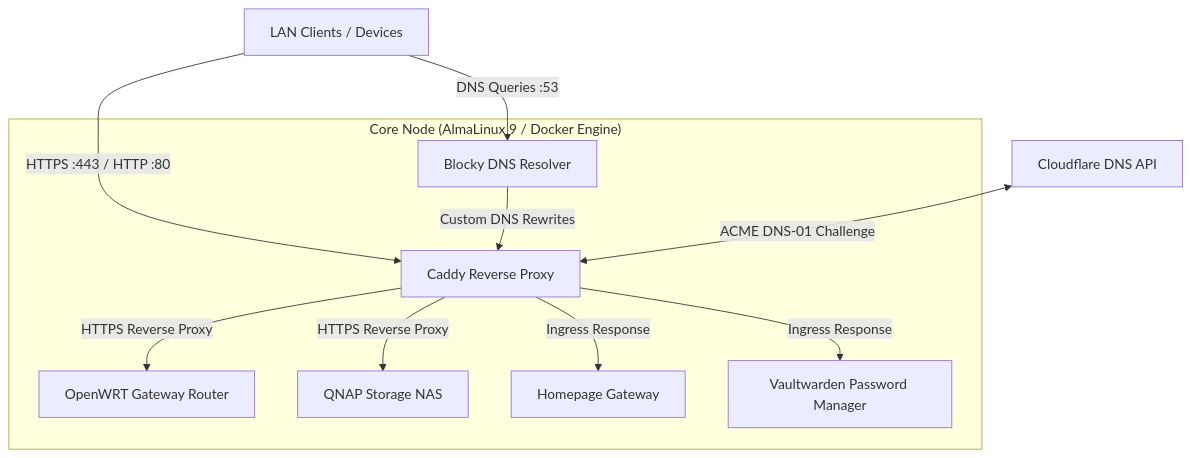
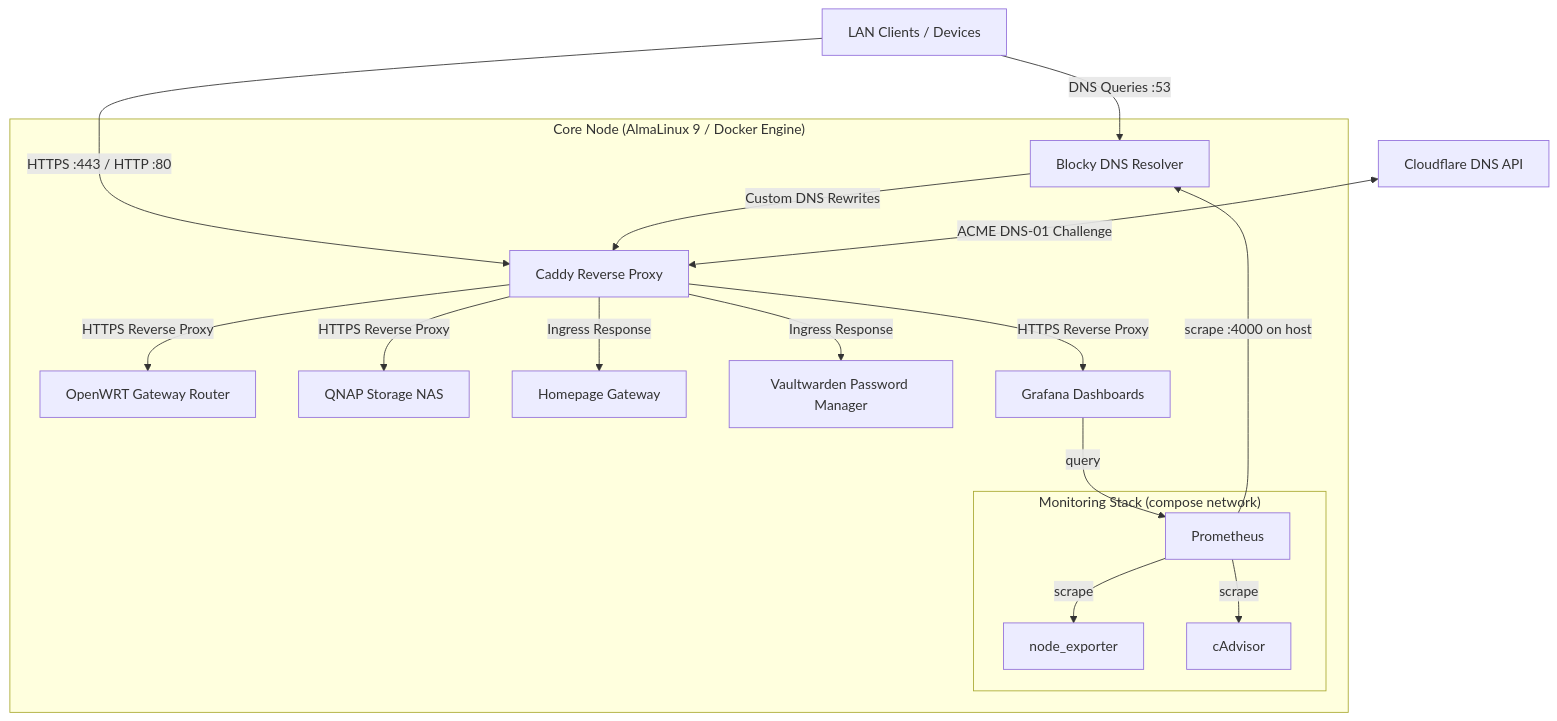
The diagram in README.md (KrzysztofKaletkaDev/ansible-homelab-template), drawn with Mermaid before and after one commit. The commit also changed other lines of this file, not shown here.

Commit message:
docs: update README for monitoring stack, CI and test environment

````diff
--- a/README.md
+++ b/README.md
@@ -13,15 +13,23 @@
 ```mermaid
 graph TD
     Client[LAN Clients / Devices] -->|DNS Queries :53| Blocky[Blocky DNS Resolver]
     Client -->|HTTPS :443 / HTTP :80| Caddy[Caddy Reverse Proxy]
 
     subgraph core_node ["Core Node (AlmaLinux 9 / Docker Engine)"]
         Blocky -->|Custom DNS Rewrites| Caddy
         Caddy -->|HTTPS Reverse Proxy| OpenWRT[OpenWRT Gateway Router]
         Caddy -->|HTTPS Reverse Proxy| QNAP[QNAP Storage NAS]
         Caddy -->|Ingress Response| Homepage[Homepage Gateway]
         Caddy -->|Ingress Response| Vaultwarden[Vaultwarden Password Manager]
+        Caddy -->|HTTPS Reverse Proxy| Grafana[Grafana Dashboards]
+
+        subgraph monitoring ["Monitoring Stack (compose network)"]
+            Prometheus[Prometheus] -->|scrape| NodeExporter[node_exporter]
+            Prometheus -->|scrape| Cadvisor[cAdvisor]
+        end
+        Grafana -->|query| Prometheus
+        Prometheus -->|scrape :4000 on host| Blocky
     end
 
     Cloudflare[Cloudflare DNS API] <-->|ACME DNS-01 Challenge| Caddy
 ```
````
